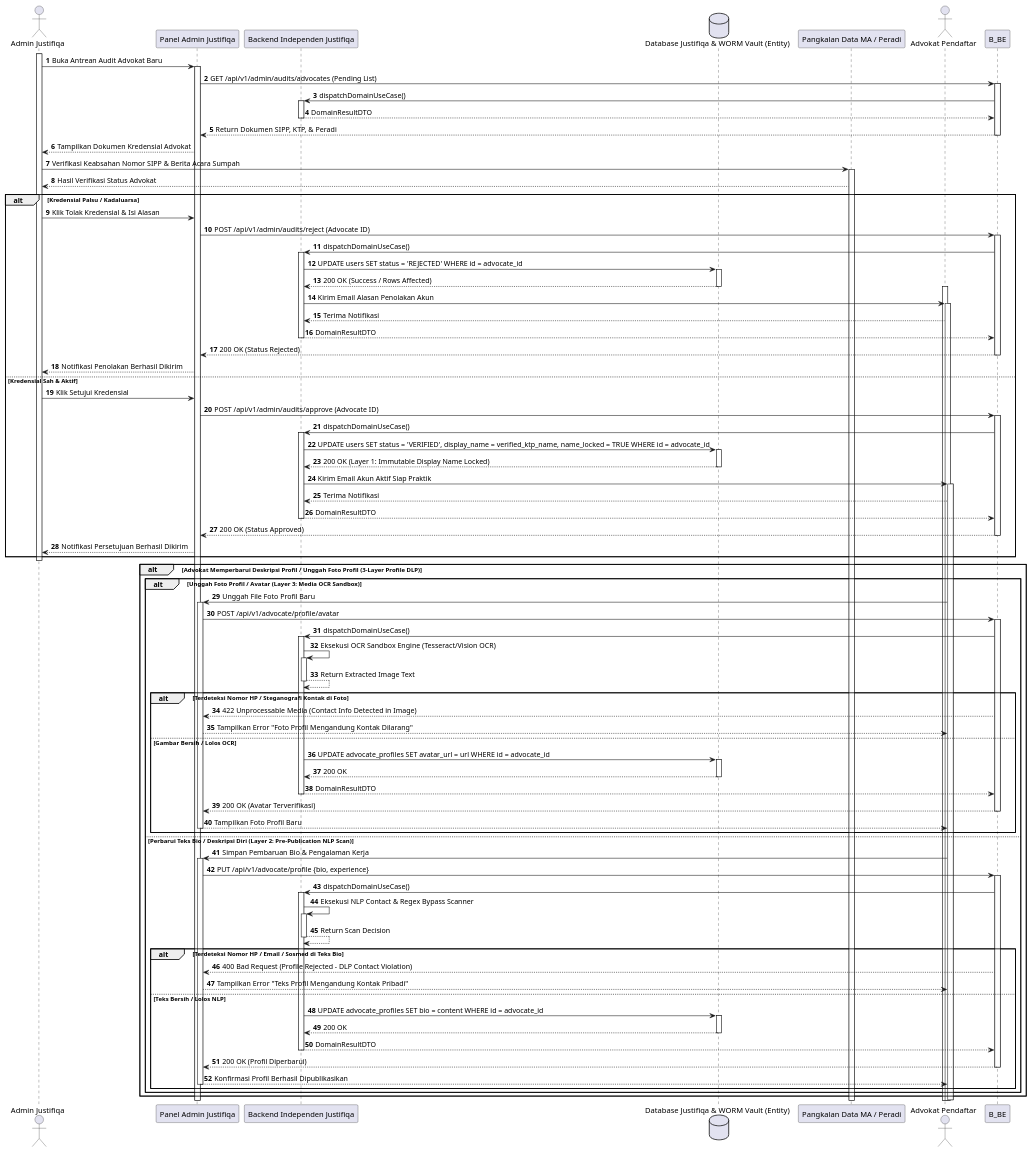
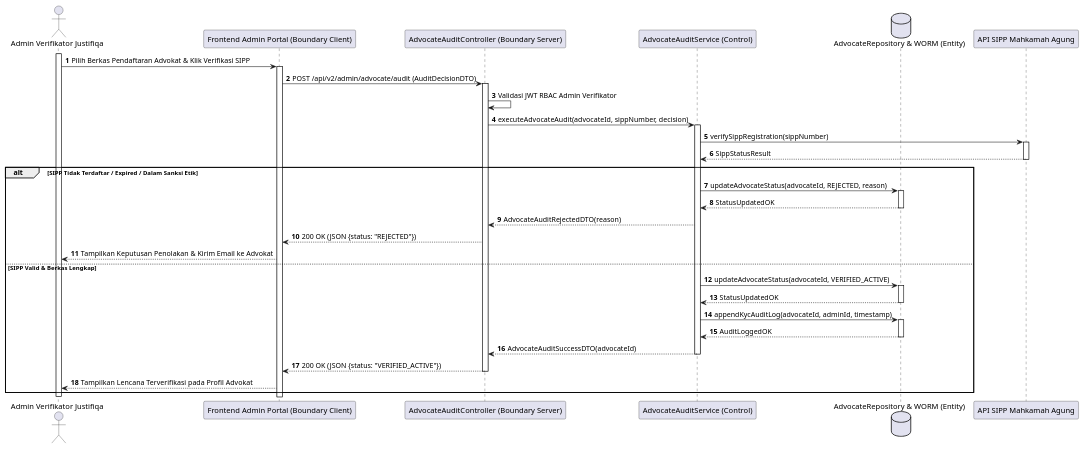
Before and after one commit to tupperwureism/SuperApp-Gagal: the ninth of 28 diagrams in MarkDown/plantuml_sequence_diagrams.md, drawn with PlantUML. The commit also changed other lines of this file and 1 other file, not shown here.

Commit message:
fix(sequence-diagrams): regenerate all 28 Sequence Diagrams with deterministic hand-crafted 5-Lifeline BCE flows

````diff
--- a/MarkDown/plantuml_sequence_diagrams.md
+++ b/MarkDown/plantuml_sequence_diagrams.md
@@ -562,86 +383,36 @@
 ```plantuml
 @startuml
 autonumber
-actor "Admin Justifiqa" as Admin
-participant "Panel Admin Justifiqa" as B_FE
-participant "Backend Independen Justifiqa" as C_Svc
-database "Database Justifiqa & WORM Vault (Entity)" as E_DB
-participant "Pangkalan Data MA / Peradi" as Peradi
-actor "Advokat Pendaftar" as Mitra
+actor "Admin Verifikator Justifiqa" as User
+participant "Frontend Admin Portal (Boundary Client)" as B_FE
+participant "AdvocateAuditController (Boundary Server)" as B_BE
+participant "AdvocateAuditService (Control)" as C_Svc
+database "AdvocateRepository & WORM (Entity)" as E_DB
+participant "API SIPP Mahkamah Agung" as SIPP
 
-activate Admin
-Admin -> B_FE ++ : Buka Antrean Audit Advokat Baru
-B_FE -> B_BE ++ : GET /api/v1/admin/audits/advocates (Pending List)
-    B_BE -> C_Svc ++ : dispatchDomainUseCase()
-C_Svc --> B_BE -- : DomainResultDTO
-    B_BE --> B_FE -- : Return Dokumen SIPP, KTP, & Peradi
-B_FE --> Admin : Tampilkan Dokumen Kredensial Advokat
-Admin -> Peradi ++ : Verifikasi Keabsahan Nomor SIPP & Berita Acara Sumpah
-Peradi --> Admin : Hasil Verifikasi Status Advokat
+activate User
+User -> B_FE ++ : Pilih Berkas Pendaftaran Advokat & Klik Verifikasi SIPP
+B_FE -> B_BE ++ : POST /api/v2/admin/advocate/audit (AuditDecisionDTO)
+B_BE -> B_BE : Validasi JWT RBAC Admin Verifikator
+B_BE -> C_Svc ++ : executeAdvocateAudit(advocateId, sippNumber, decision)
+C_Svc -> SIPP ++ : verifySippRegistration(sippNumber)
+SIPP --> C_Svc -- : SippStatusResult
 
-alt Kredensial Palsu / Kadaluarsa
-    Admin -> B_FE : Klik Tolak Kredensial & Isi Alasan
-    B_FE -> B_BE ++ : POST /api/v1/admin/audits/reject (Advocate ID)
-    B_BE -> C_Svc ++ : dispatchDomainUseCase()
-    C_Svc -> E_DB ++ : UPDATE users SET status = 'REJECTED' WHERE id = advocate_id
-    E_DB --> C_Svc -- : 200 OK (Success / Rows Affected)
-activate Mitra
-    C_Svc -> Mitra ++ : Kirim Email Alasan Penolakan Akun
-    Mitra --> C_Svc : Terima Notifikasi
-    C_Svc --> B_BE -- : DomainResultDTO
-    B_BE --> B_FE -- : 200 OK (Status Rejected)
-    B_FE --> Admin : Notifikasi Penolakan Berhasil Dikirim
-else Kredensial Sah & Aktif
-    Admin -> B_FE : Klik Setujui Kredensial
-    B_FE -> B_BE ++ : POST /api/v1/admin/audits/approve (Advocate ID)
-    B_BE -> C_Svc ++ : dispatchDomainUseCase()
-    C_Svc -> E_DB ++ : UPDATE users SET status = 'VERIFIED', display_name = verified_ktp_name, name_locked = TRUE WHERE id = advocate_id
-    E_DB --> C_Svc -- : 200 OK (Layer 1: Immutable Display Name Locked)
-    C_Svc -> Mitra ++ : Kirim Email Akun Aktif Siap Praktik
-    Mitra --> C_Svc : Terima Notifikasi
-    C_Svc --> B_BE -- : DomainResultDTO
-    B_BE --> B_FE -- : 200 OK (Status Approved)
-    B_FE --> Admin : Notifikasi Persetujuan Berhasil Dikirim
+alt SIPP Tidak Terdaftar / Expired / Dalam Sanksi Etik
+    C_Svc -> E_DB ++ : updateAdvocateStatus(advocateId, REJECTED, reason)
+    E_DB --> C_Svc -- : StatusUpdatedOK
+    C_Svc --> B_BE : AdvocateAuditRejectedDTO(reason)
+    B_BE --> B_FE : 200 OK (JSON {status: "REJECTED"})
+    B_FE --> User : Tampilkan Keputusan Penolakan & Kirim Email ke Advokat
+else SIPP Valid & Berkas Lengkap
+    C_Svc -> E_DB ++ : updateAdvocateStatus(advocateId, VERIFIED_ACTIVE)
+    E_DB --> C_Svc -- : StatusUpdatedOK
+    C_Svc -> E_DB ++ : appendKycAuditLog(advocateId, adminId, timestamp)
+    E_DB --> C_Svc -- : AuditLoggedOK
+    C_Svc --> B_BE -- : AdvocateAuditSuccessDTO(advocateId)
+    B_BE --> B_FE -- : 200 OK (JSON {status: "VERIFIED_ACTIVE"})
+    B_FE --> User : Tampilkan Lencana Terverifikasi pada Profil Advokat
 end
-deactivate Admin
-
-alt Advokat Memperbarui Deskripsi Profil / Unggah Foto Profil (3-Layer Profile DLP)
-    alt Unggah Foto Profil / Avatar (Layer 3: Media OCR Sandbox)
-        Mitra -> B_FE ++ : Unggah File Foto Profil Baru
-        B_FE -> B_BE ++ : POST /api/v1/advocate/profile/avatar
-    B_BE -> C_Svc ++ : dispatchDomainUseCase()
-        C_Svc -> C_Svc ++ : Eksekusi OCR Sandbox Engine (Tesseract/Vision OCR)
-        C_Svc --> C_Svc -- : Return Extracted Image Text
-        alt Terdeteksi Nomor HP / Steganografi Kontak di Foto
-            B_BE --> B_FE : 422 Unprocessable Media (Contact Info Detected in Image)
-            B_FE --> Mitra : Tampilkan Error "Foto Profil Mengandung Kontak Dilarang"
-        else Gambar Bersih / Lolos OCR
-            C_Svc -> E_DB ++ : UPDATE advocate_profiles SET avatar_url = url WHERE id = advocate_id
-            E_DB --> C_Svc -- : 200 OK
-            C_Svc --> B_BE -- : DomainResultDTO
-    B_BE --> B_FE -- : 200 OK (Avatar Terverifikasi)
-            B_FE --> Mitra : Tampilkan Foto Profil Baru
-            deactivate B_FE
-        end
-    else Perbarui Teks Bio / Deskripsi Diri (Layer 2: Pre-Publication NLP Scan)
-        Mitra -> B_FE ++ : Simpan Pembaruan Bio & Pengalaman Kerja
-        B_FE -> B_BE ++ : PUT /api/v1/advocate/profile {bio, experience}
-    B_BE -> C_Svc ++ : dispatchDomainUseCase()
-        C_Svc -> C_Svc ++ : Eksekusi NLP Contact & Regex Bypass Scanner
-        C_Svc --> C_Svc -- : Return Scan Decision
-        alt Terdeteksi Nomor HP / Email / Sosmed di Teks Bio
-            B_BE --> B_FE : 400 Bad Request (Profile Rejected - DLP Contact Violation)
-            B_FE --> Mitra : Tampilkan Error "Teks Profil Mengandung Kontak Pribadi"
-        else Teks Bersih / Lolos NLP
-            C_Svc -> E_DB ++ : UPDATE advocate_profiles SET bio = content WHERE id = advocate_id
-            E_DB --> C_Svc -- : 200 OK
-            C_Svc --> B_BE -- : DomainResultDTO
-    B_BE --> B_FE -- : 200 OK (Profil Diperbarui)
-            B_FE --> Mitra : Konfirmasi Profil Berhasil Dipublikasikan
-            deactivate B_FE
-        end
-    end
-end
-deactivate Mitra
+deactivate User
 @enduml
 ```
````
